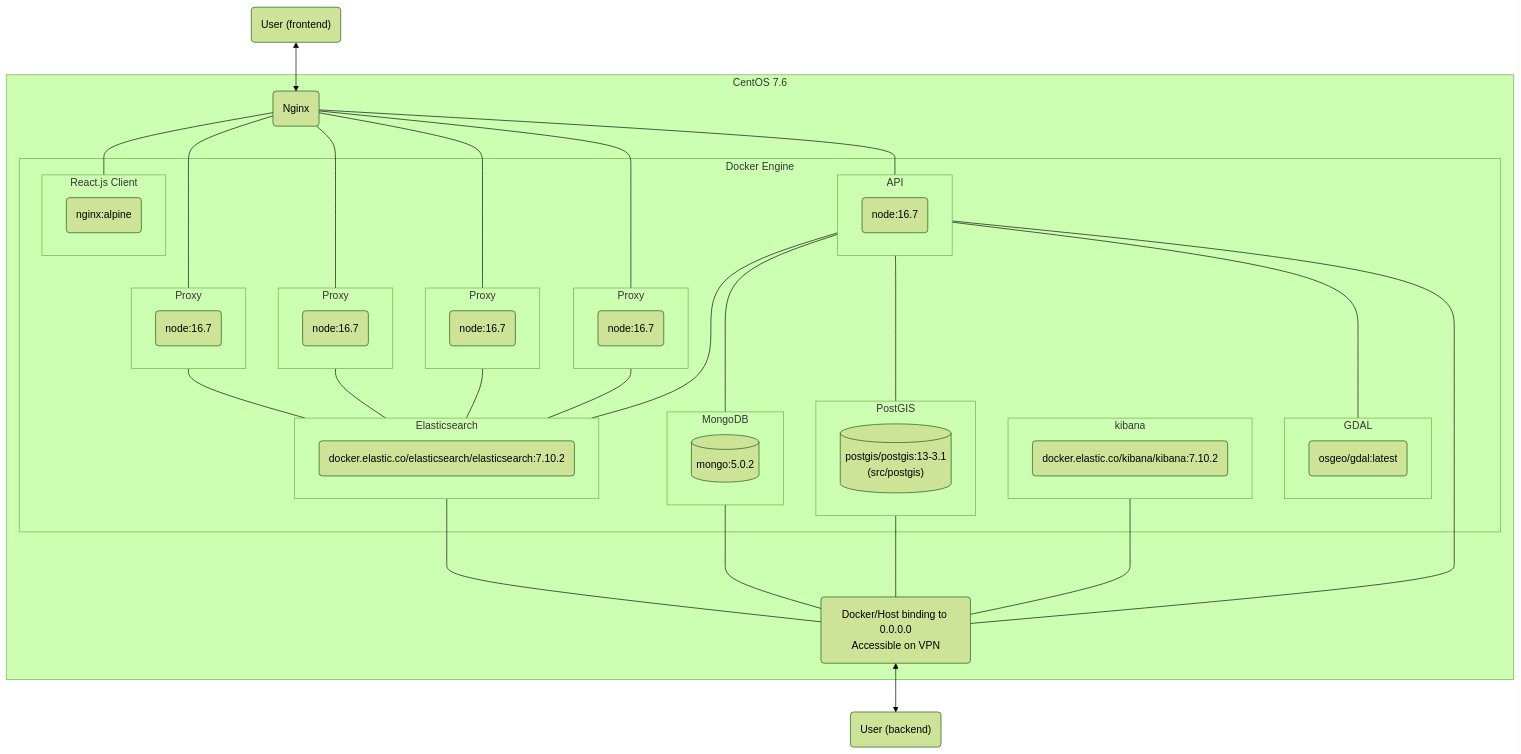
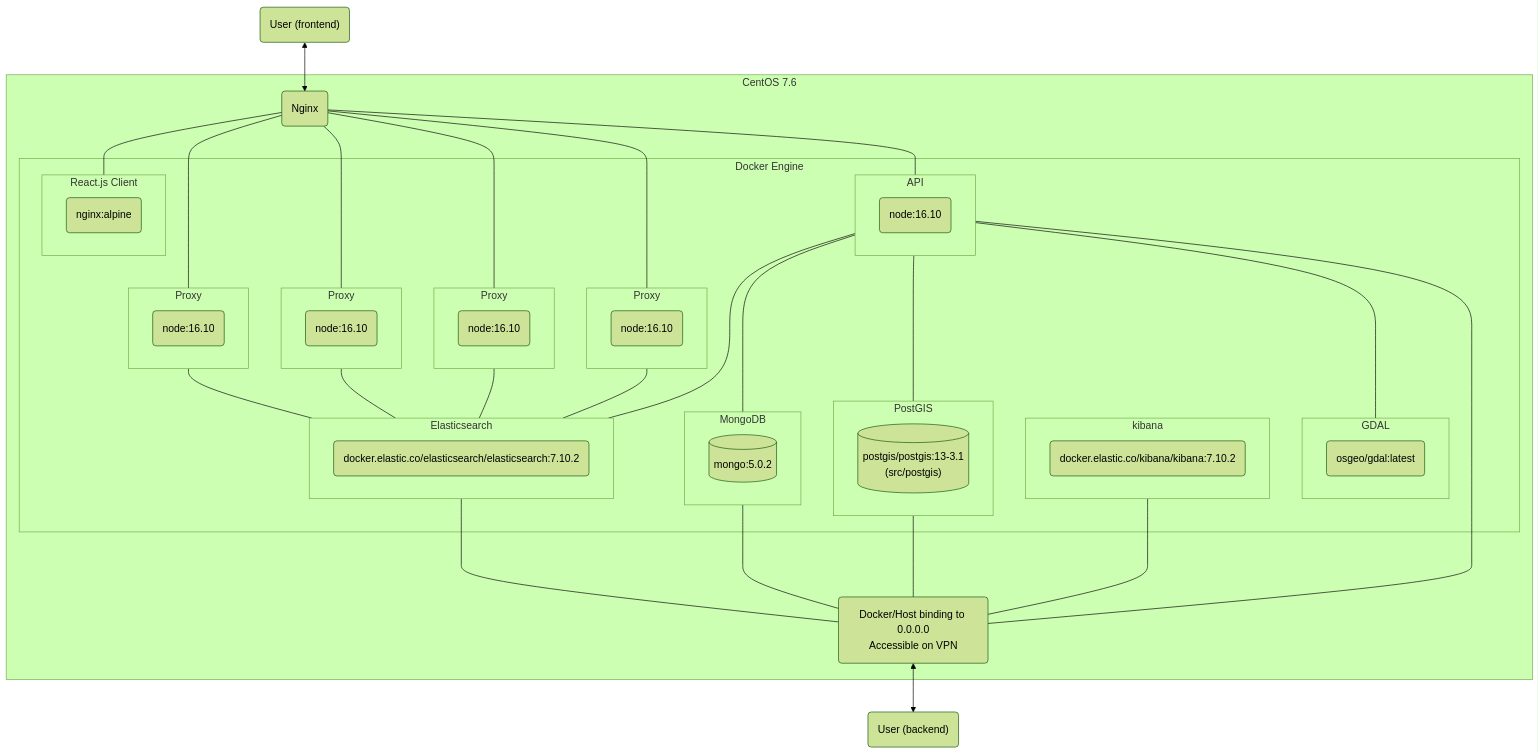
The diagram in diagrams/src/deployment-view.mmd (SAEON/data-portal), drawn with Mermaid (forest theme) before and after one commit. The commit also changed 24 other files, not shown here.

```diff
--- a/diagrams/src/deployment-view.mmd
+++ b/diagrams/src/deployment-view.mmd
@@ -1,74 +1,74 @@
 flowchart TD
 
     User("User (frontend)") <--> nginx
 
     %% CentOS boundary
     subgraph CentOS_boundary ["CentOS 7.6"]
 
         nginx(Nginx)
         nginx --- client_container
         nginx --- proxy_container_1
         nginx --- proxy_container_2
         nginx --- proxy_container_3
         nginx --- proxy_container_4
         proxy_container_1 --- es_container
         proxy_container_2 --- es_container
         proxy_container_3 --- es_container
         proxy_container_4 --- es_container
         nginx --- api_container
 
         %% Docker Engine boundary
         subgraph Docker_boundary ["Docker Engine"]
 
             %% Docker container boundaries
             subgraph client_container [React.js Client]
                 client("nginx:alpine")
             end
             subgraph api_container [API]
-                api("node:16.7")
+                api("node:16.10")
             end
             subgraph proxy_container_1 [Proxy]
-                ClientProxy2("node:16.7")
+                ClientProxy2("node:16.10")
             end     
             subgraph proxy_container_2 [Proxy]
-                ClientProxy3("node:16.7")
+                ClientProxy3("node:16.10")
             end    
             subgraph proxy_container_3 [Proxy]
-                ClientProxy4("node:16.7")
+                ClientProxy4("node:16.10")
             end
             subgraph proxy_container_4 [Proxy]
-                ApiProxy("node:16.7")
+                ApiProxy("node:16.10")
             end
             subgraph es_container ["Elasticsearch"]
                 Elasticsearch(docker.elastic.co/elasticsearch/elasticsearch:7.10.2)
             end
             subgraph kibana_container[kibana]
                 Kibana("docker.elastic.co/kibana/kibana:7.10.2")
             end
             subgraph mongo_container [MongoDB]
                 Mongo[("mongo:5.0.2")]
             end    
             subgraph postgis_container [PostGIS]
                 PostGIS[("postgis/postgis:13-3.1<br />(src/postgis)")]
             end
             subgraph gdal_container [GDAL]
                 GDAL("osgeo/gdal:latest")
             end
 
             %% Topology
             api_container ---- es_container
             api_container ---- mongo_container
             api_container ---- postgis_container
             api_container ---- gdal_container
 
         end
             
         docker_interface("Docker/Host binding to 0.0.0.0<br />Accessible on VPN")
         api_container --- docker_interface
         mongo_container ---- docker_interface
         postgis_container ---- docker_interface
         es_container --- docker_interface
         kibana_container --- docker_interface
     end
 
     docker_interface <--> User2("User (backend)")
```
